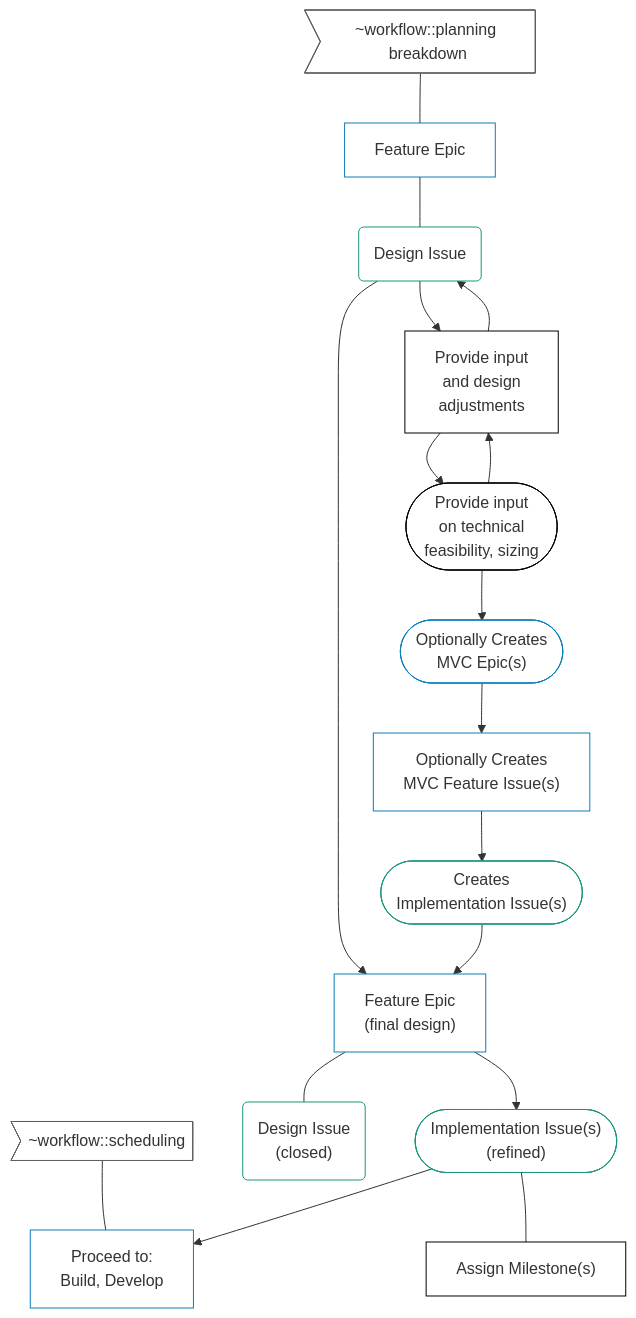
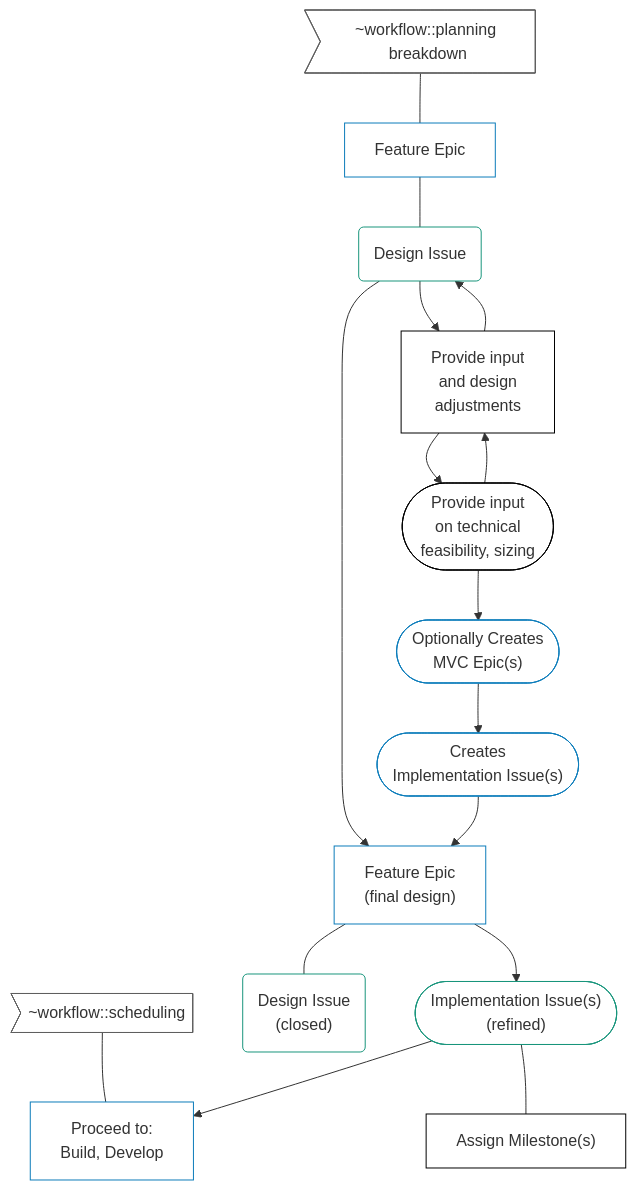
Before and after one commit to secretstartups/handbook: the eighth of 12 diagrams in development/threat-management/planning/diagram.html.md, drawn with Mermaid. The commit also changed other lines of this file, not shown here.

Commit message:
Remove Feature Issue from Threat Mgmt planning diagram

````diff
--- a/development/threat-management/planning/diagram.html.md
+++ b/development/threat-management/planning/diagram.html.md
@@ -199,40 +199,39 @@
 ```mermaid
 graph TD
 
   %% build p1
   L1>"~workflow::planning breakdown"]
   L2>"~workflow::scheduling"]
   A0[Feature Epic]
   A1(Design Issue)
   A2[Provide input<br>and design<br>adjustments]
   A3([Provide input<br>on technical<br>feasibility, sizing])
   A4(["Optionally Creates<br>MVC Epic(s)"])
-  A4a["Optionally Creates<br>MVC Feature Issue(s)"]
-  A4b(["Creates<br>Implementation Issue(s)"])
+  A4a(["Creates<br>Implementation Issue(s)"])
   A5["Feature Epic<br>(final design)"]
   A6("Design Issue<br>(closed)")
   A7(["Implementation Issue(s)<br>(refined)"])
   A8["Assign Milestone(s)"]
   A9[Proceed to:<br>Build, Develop]
   L1 --- A0
   L2 --- A9
   A0 --- A1
   A1 --> A5
   A1 --> A2 --> A1
   A2 --> A3 --> A2
-  A3 --> A4 --> A4a --> A4b --> A5 --- A6
+  A3 --> A4 --> A4a --> A5 --- A6
   A5 --> A7 --> A9
   A7 --- A8
 
   classDef idea fill:#ffffff,stroke:#19957C;
   class A1,A4b,A6,A7 idea
 
   classDef feature fill:#ffffff,stroke:#0C7CBA;
   class A0,A4,A4a,A5,A9,A9b feature
 
   classDef plain fill:#ffffff,stroke:#000000;
   class A2,A3,A8,A10 plain
 
   classDef label fill:#ffffff,stroke:#606060;
   class L1,L2 label
 ```
````
